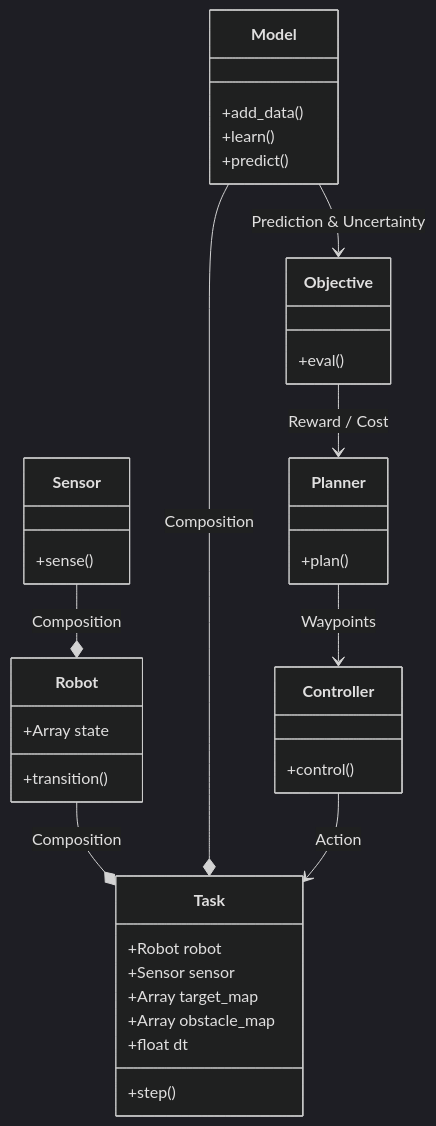
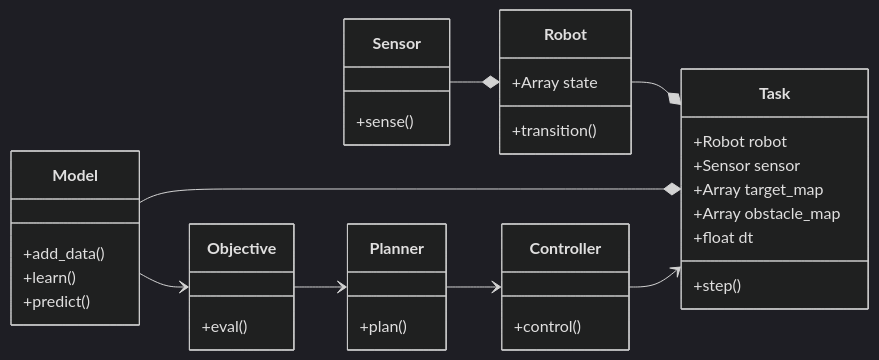
One commit to Weizhe-Chen/PyPolo changed the diagram in docs/framework.md. Above: the diagram before and after it, drawn with Mermaid (dark theme). The commit also changed other lines of this file, not shown here.

Commit message:
Added task table.

````diff
--- a/docs/framework.md
+++ b/docs/framework.md
@@ -11,41 +9,42 @@
 ``` mermaid
 classDiagram
+direction LR
 class Robot {
     +Array state
         +transition()
 }
 class Sensor {
     +sense()
 }
 class Task {
     +Robot robot
     +Sensor sensor
     +Array target_map
     +Array obstacle_map
     +float dt
     +step()
 }
 class Model {
     +add_data()
     +learn()
     +predict()
 }
 class Objective {
     +eval()
 }
 class Planner {
     +plan()
 }
 class Controller {
     +control()
 }
 
-Robot --* Task: Composition
-Sensor --* Robot: Composition
-Model --* Task: Composition
+Robot --* Task
+Sensor --* Robot
+Model --* Task
 
-Model --> Objective: Prediction & Uncertainty
-Objective --> Planner: Reward / Cost
-Planner --> Controller: Waypoints
-Controller --> Task: Action
+Model --> Objective
+Objective --> Planner
+Planner --> Controller
+Controller --> Task
 ```
````
